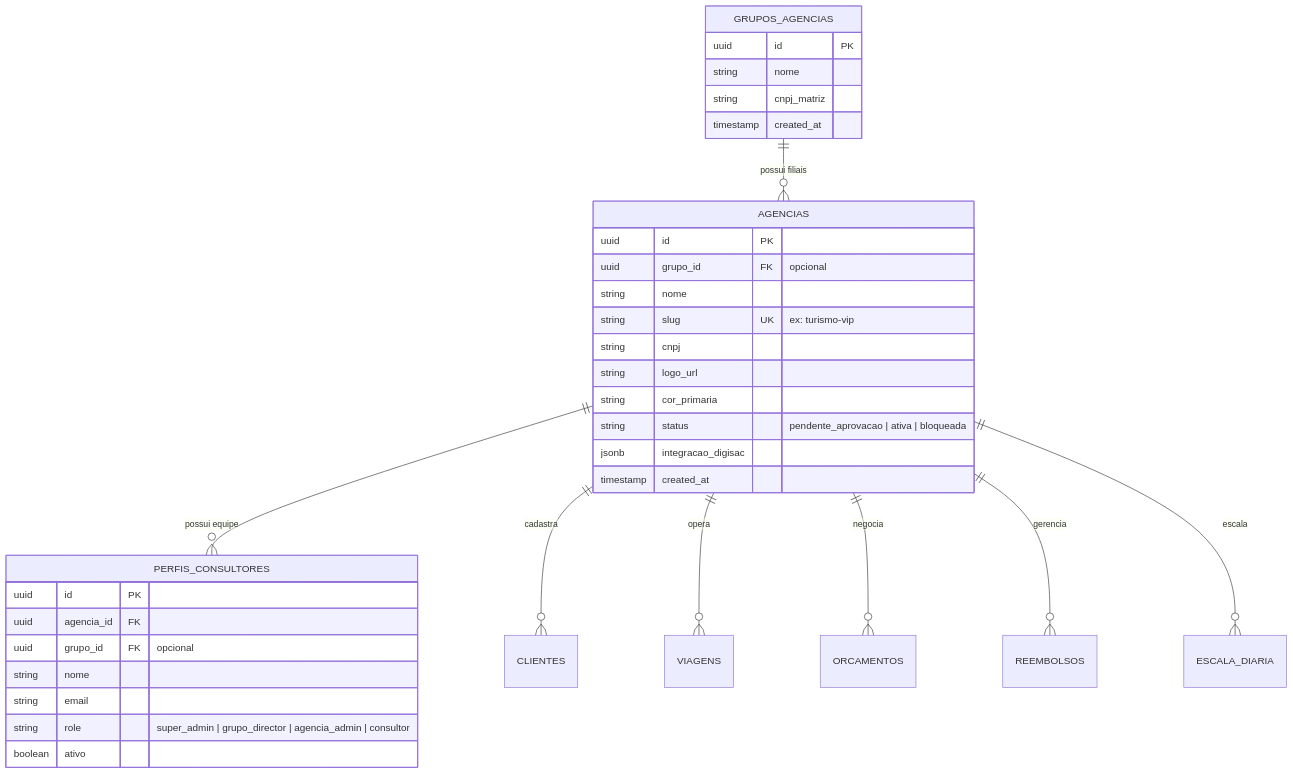
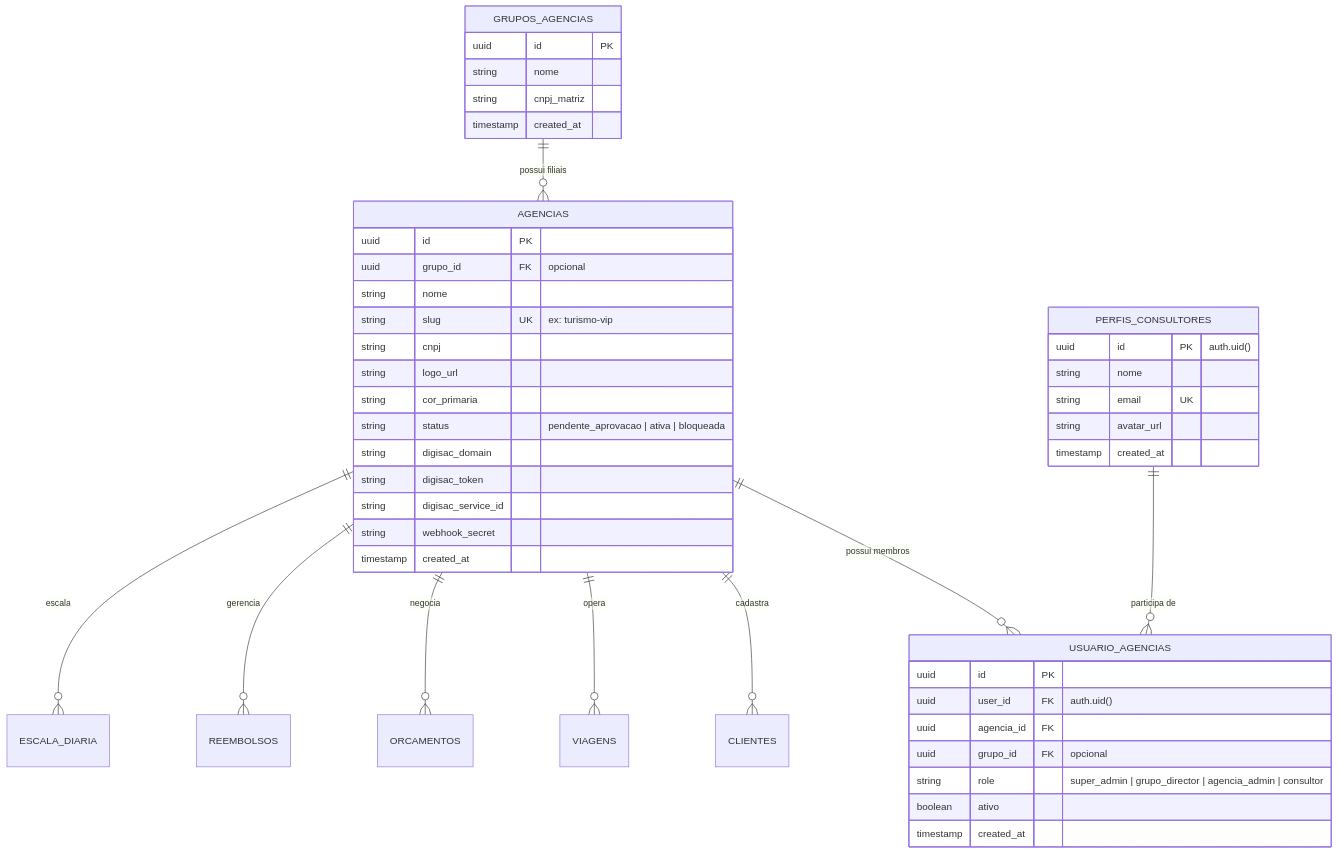
The first of 3 diagrams in docs/MultiTenant_Plano.md (curupaco/PaxFlow), drawn with Mermaid before and after one commit. The commit also changed other lines of this file, not shown here.

Commit message:
docs: update multi-tenant architecture plan with user-agency mapping, enhanced RLS, and legacy compatibility steps

````diff
--- a/docs/MultiTenant_Plano.md
+++ b/docs/MultiTenant_Plano.md
@@ -34,40 +38,52 @@
 ```mermaid
 erDiagram
     GRUPOS_AGENCIAS ||--o{ AGENCIAS : "possui filiais"
-    AGENCIAS ||--o{ PERFIS_CONSULTORES : "possui equipe"
+    AGENCIAS ||--o{ USUARIO_AGENCIAS : "possui membros"
+    PERFIS_CONSULTORES ||--o{ USUARIO_AGENCIAS : "participa de"
     AGENCIAS ||--o{ CLIENTES : "cadastra"
     AGENCIAS ||--o{ VIAGENS : "opera"
     AGENCIAS ||--o{ ORCAMENTOS : "negocia"
     AGENCIAS ||--o{ REEMBOLSOS : "gerencia"
     AGENCIAS ||--o{ ESCALA_DIARIA : "escala"
 
     GRUPOS_AGENCIAS {
         uuid id PK
         string nome
         string cnpj_matriz
         timestamp created_at
     }
 
     AGENCIAS {
         uuid id PK
         uuid grupo_id FK "opcional"
         string nome
         string slug UK "ex: turismo-vip"
         string cnpj
         string logo_url
         string cor_primaria
         string status "pendente_aprovacao | ativa | bloqueada"
-        jsonb integracao_digisac
+        string digisac_domain
+        string digisac_token
+        string digisac_service_id
+        string webhook_secret
         timestamp created_at
     }
 
     PERFIS_CONSULTORES {
+        uuid id PK "auth.uid()"
+        string nome
+        string email UK
+        string avatar_url
+        timestamp created_at
+    }
+
+    USUARIO_AGENCIAS {
         uuid id PK
+        uuid user_id FK "auth.uid()"
         uuid agencia_id FK
         uuid grupo_id FK "opcional"
-        string nome
-        string email
         string role "super_admin | grupo_director | agencia_admin | consultor"
         boolean ativo
+        timestamp created_at
     }
 ```
````
